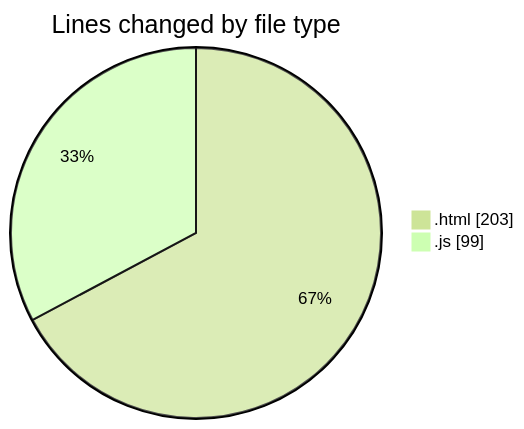
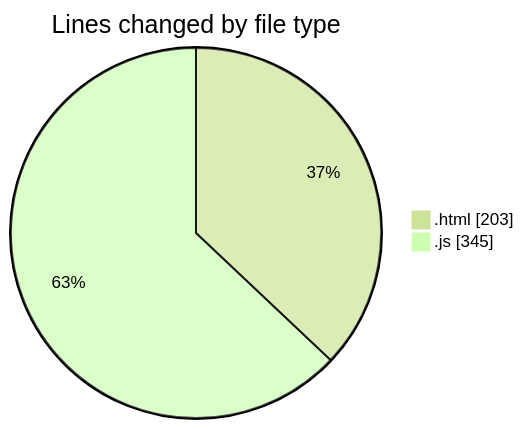
Before and after one commit to nxtqubesakshisongat/code-tracking: the first of 2 diagrams in 2025-09-07/cashcalculator/README.md, drawn with Mermaid (forest theme). The commit also changed other lines of this file and 1 other file, not shown here.

````diff
--- a/2025-09-07/cashcalculator/README.md
+++ b/2025-09-07/cashcalculator/README.md
@@ -21,6 +21,6 @@
 ```mermaid
 pie showData
 title Lines changed by file type
 ".html" : 203
-".js" : 99
+".js" : 345
 ```
````
